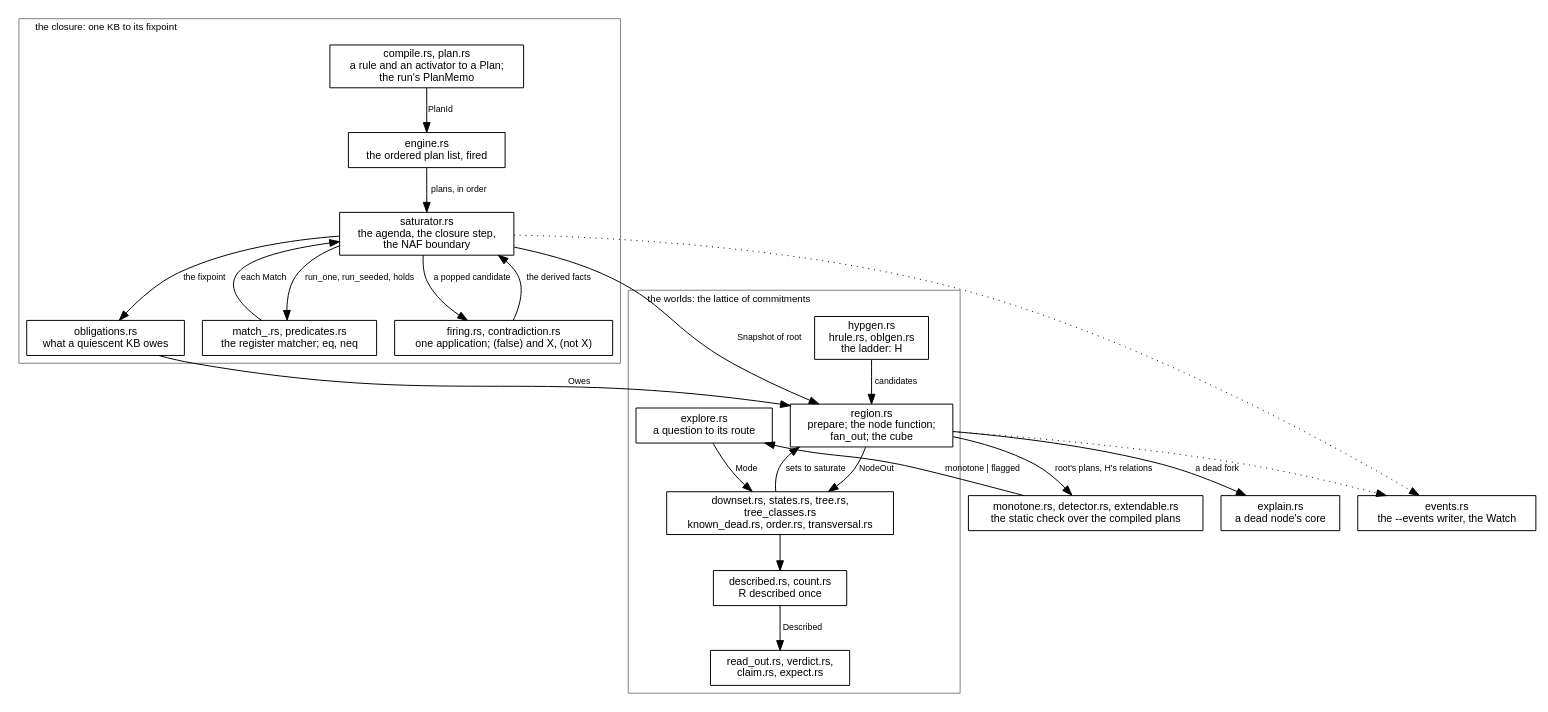
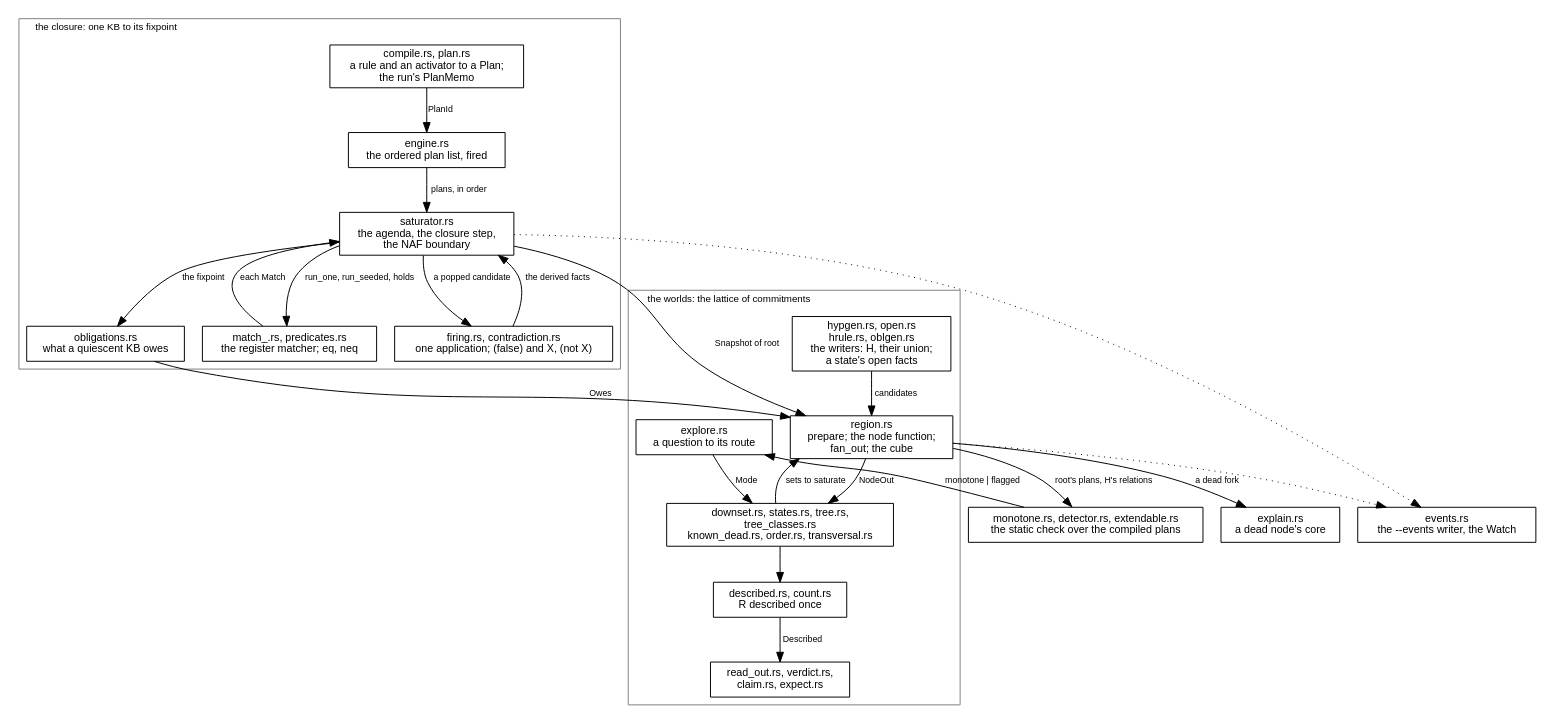
One commit to agutikov/ein changed the diagram in docs/ein/ein.rs/diagrams/01-ein-infer-modules.dot. Above: the diagram before and after it, drawn with Graphviz. The commit also changed 84 other files, not shown here.

Commit message:
The pages, the decisions and AGENTS.md under the rulings Q-M1f.566 to Q-M1f.579: the writers of H in place of the ladder, open facts on every surface, the new sites and the in-flight finding; the rulings filed, the decisions they supersede rewritten in place (S1f.21.12, task 2).

```diff
--- a/docs/ein/ein.rs/diagrams/01-ein-infer-modules.dot
+++ b/docs/ein/ein.rs/diagrams/01-ein-infer-modules.dot
@@ -1,51 +1,51 @@
 digraph ein_infer {
   rankdir=TB;
   node [shape=box, fontname="Helvetica", fontsize=11];
   edge [fontname="Helvetica", fontsize=9];
 
   subgraph cluster_closure {
     label="the closure: one KB to its fixpoint"; labeljust=l; fontname="Helvetica"; fontsize=10; color=gray50;
     compile [label="compile.rs, plan.rs\na rule and an activator to a Plan;\nthe run's PlanMemo"];
     engine  [label="engine.rs\nthe ordered plan list, fired"];
     match   [label="match_.rs, predicates.rs\nthe register matcher; eq, neq"];
     sat     [label="saturator.rs\nthe agenda, the closure step,\nthe NAF boundary"];
     firing  [label="firing.rs, contradiction.rs\none application; (false) and X, (not X)"];
     obl     [label="obligations.rs\nwhat a quiescent KB owes"];
   }
 
   subgraph cluster_worlds {
     label="the worlds: the lattice of commitments"; labeljust=l; fontname="Helvetica"; fontsize=10; color=gray50;
-    hyp     [label="hypgen.rs\nhrule.rs, oblgen.rs\nthe ladder: H"];
+    hyp     [label="hypgen.rs, open.rs\nhrule.rs, oblgen.rs\nthe writers: H, their union;\na state's open facts"];
     region  [label="region.rs\nprepare; the node function;\nfan_out; the cube"];
     explore [label="explore.rs\na question to its route"];
     routes  [label="downset.rs, states.rs, tree.rs,\ntree_classes.rs\nknown_dead.rs, order.rs, transversal.rs"];
     desc    [label="described.rs, count.rs\nR described once"];
     readout [label="read_out.rs, verdict.rs,\nclaim.rs, expect.rs"];
   }
 
   static  [label="monotone.rs, detector.rs, extendable.rs\nthe static check over the compiled plans"];
   explain [label="explain.rs\na dead node's core"];
   events  [label="events.rs\nthe --events writer, the Watch"];
 
   compile -> engine [label="PlanId"];
   engine  -> sat    [label="plans, in order"];
   sat     -> match  [label="run_one, run_seeded, holds"];
   match   -> sat    [label="each Match"];
   sat     -> firing [label="a popped candidate"];
   firing  -> sat    [label="the derived facts"];
   sat     -> obl    [label="the fixpoint"];
 
   sat     -> region  [label="Snapshot of root"];
   obl     -> region  [label="Owes"];
   hyp     -> region  [label="candidates"];
   region  -> static  [label="root's plans, H's relations"];
   static  -> explore [label="monotone | flagged"];
   explore -> routes  [label="Mode"];
   routes  -> region  [label="sets to saturate"];
   region  -> routes  [label="NodeOut"];
   region  -> explain [label="a dead fork"];
   routes  -> desc;
   desc    -> readout [label="Described"];
   sat     -> events  [style=dotted];
   region  -> events  [style=dotted];
 }
```
